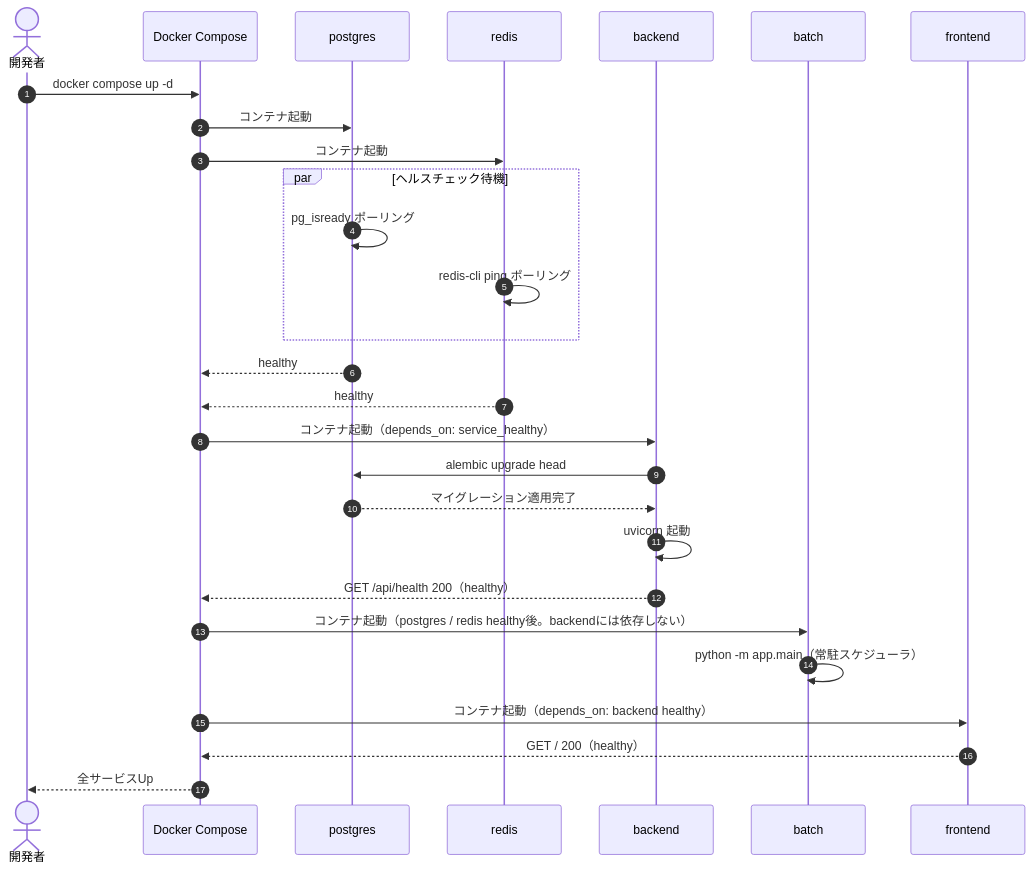
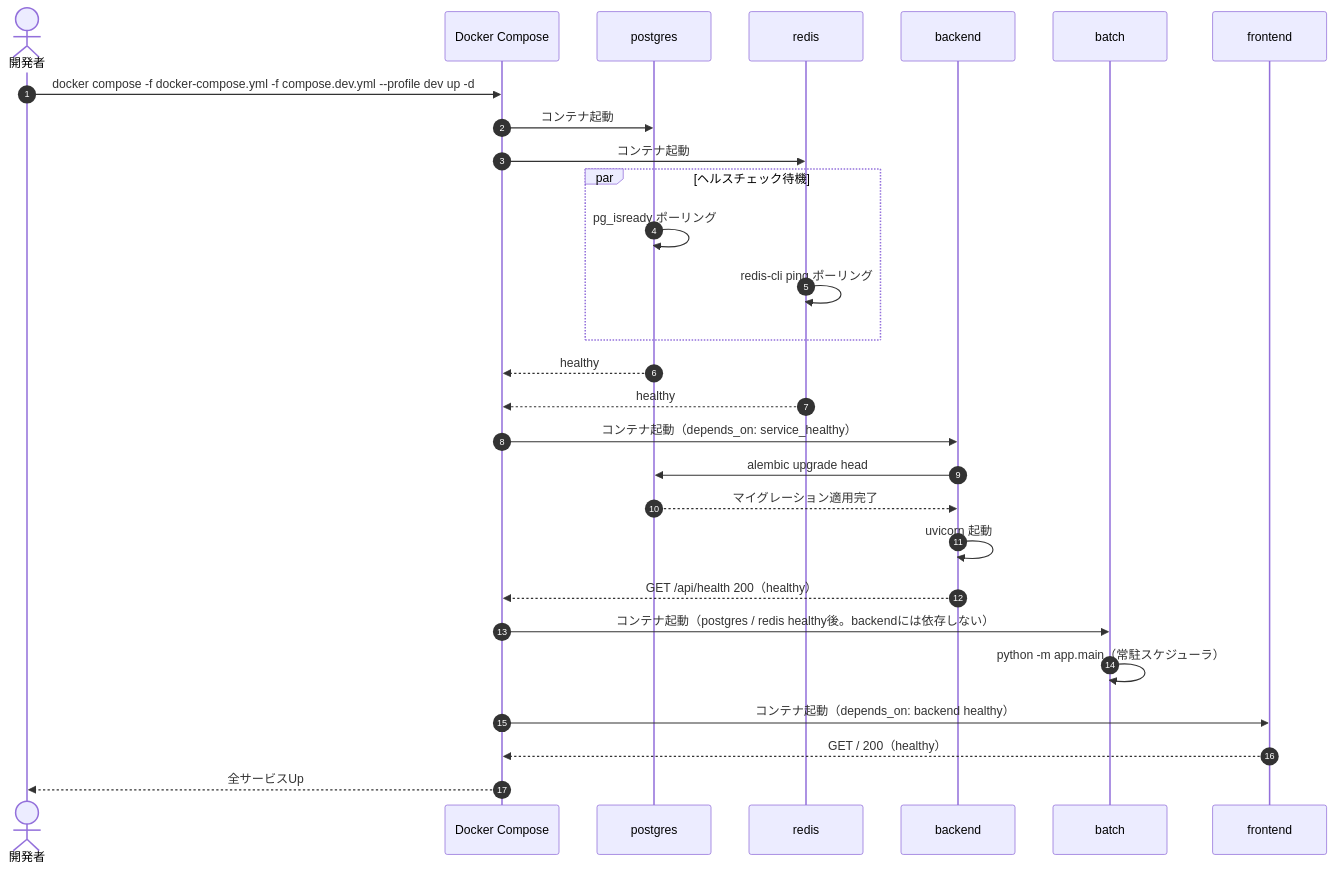
The first of 5 diagrams in docs/detailed_design/infra/01_docker_compose.md (oikawa-d/task_management), drawn with Mermaid before and after one commit. The commit also changed other lines of this file and 5 other files, not shown here.

````diff
--- a/docs/detailed_design/infra/01_docker_compose.md
+++ b/docs/detailed_design/infra/01_docker_compose.md
@@ -70,31 +70,31 @@
 ```mermaid
 sequenceDiagram
     autonumber
     actor DEV as 開発者
     participant DC as Docker Compose
     participant PG as postgres
     participant RD as redis
     participant BE as backend
     participant BA as batch
     participant FE as frontend
 
-    DEV->>DC: docker compose up -d
+    DEV->>DC: docker compose -f docker-compose.yml -f compose.dev.yml --profile dev up -d
     DC->>PG: コンテナ起動
     DC->>RD: コンテナ起動
     par ヘルスチェック待機
         PG->>PG: pg_isready ポーリング
         RD->>RD: redis-cli ping ポーリング
     end
     PG-->>DC: healthy
     RD-->>DC: healthy
     DC->>BE: コンテナ起動（depends_on: service_healthy）
     BE->>PG: alembic upgrade head
     PG-->>BE: マイグレーション適用完了
     BE->>BE: uvicorn 起動
     BE-->>DC: GET /api/health 200（healthy）
     DC->>BA: コンテナ起動（postgres / redis healthy後。backendには依存しない）
     BA->>BA: python -m app.main（常駐スケジューラ）
     DC->>FE: コンテナ起動（depends_on: backend healthy）
     FE-->>DC: GET / 200（healthy）
     DC-->>DEV: 全サービスUp
 ```
````
